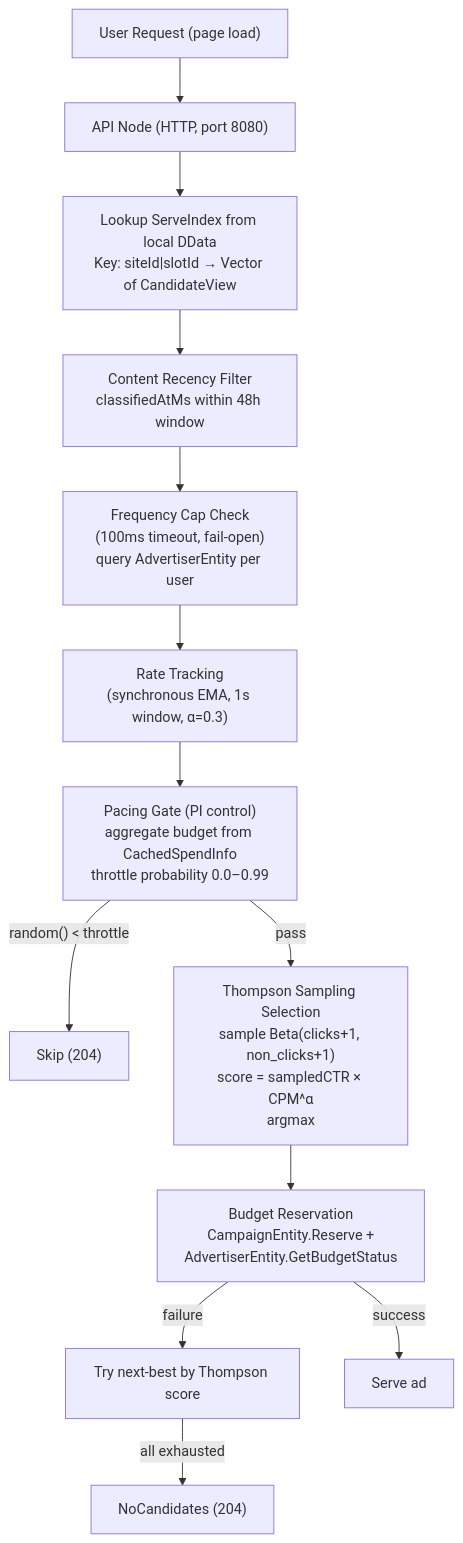
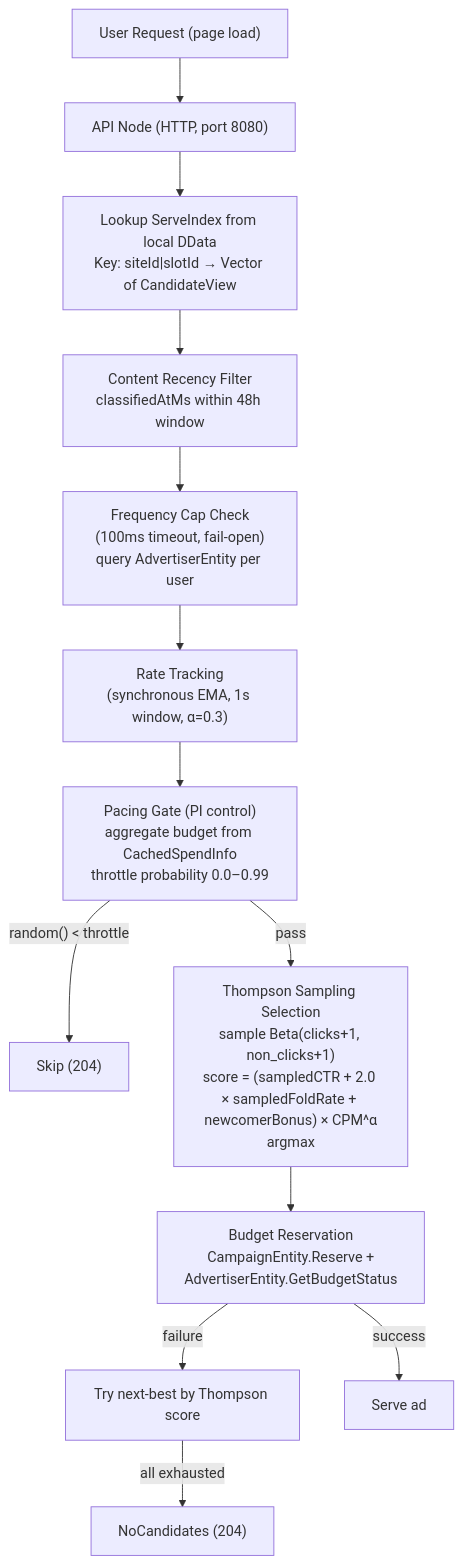
One commit to promovolve/promovolve-book changed the second of 2 diagrams in src/architecture/data-flow.md. Above: the diagram before and after it, drawn with Mermaid. The commit also changed 20 other files, not shown here.

````diff
--- a/src/architecture/data-flow.md
+++ b/src/architecture/data-flow.md
@@ -32,15 +32,15 @@
 ```mermaid
 graph TD
     User["User Request (page load)"] --> API["API Node (HTTP, port 8080)"]
     API --> Lookup["Lookup ServeIndex from local DData<br/>Key: siteId|slotId → Vector of CandidateView"]
     Lookup --> Recency["Content Recency Filter<br/>classifiedAtMs within 48h window"]
     Recency --> FreqCap["Frequency Cap Check<br/>(100ms timeout, fail-open)<br/>query AdvertiserEntity per user"]
     FreqCap --> Rate["Rate Tracking<br/>(synchronous EMA, 1s window, α=0.3)"]
     Rate --> Pacing["Pacing Gate (PI control)<br/>aggregate budget from CachedSpendInfo<br/>throttle probability 0.0–0.99"]
     Pacing -->|"random() < throttle"| Skip["Skip (204)"]
-    Pacing -->|pass| TS["Thompson Sampling Selection<br/>sample Beta(clicks+1, non_clicks+1)<br/>score = sampledCTR × CPM^α<br/>argmax"]
+    Pacing -->|pass| TS["Thompson Sampling Selection<br/>sample Beta(clicks+1, non_clicks+1)<br/>score = (sampledCTR + 2.0 × sampledFoldRate + newcomerBonus) × CPM^α<br/>argmax"]
     TS --> Budget["Budget Reservation<br/>CampaignEntity.Reserve +<br/>AdvertiserEntity.GetBudgetStatus"]
     Budget -->|failure| Next["Try next-best by Thompson score"]
     Budget -->|success| Serve["Serve ad"]
     Next -->|all exhausted| NoCandidates["NoCandidates (204)"]
 ```
````
